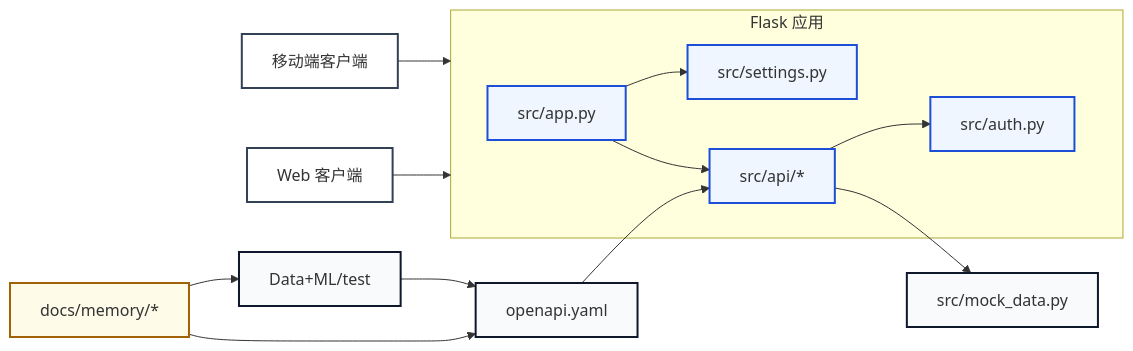
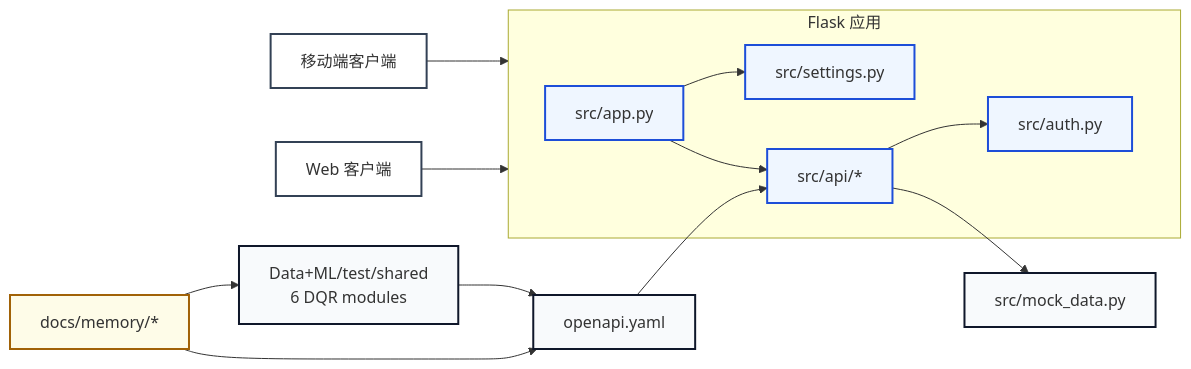
The diagram in docs/memory/project-overview.md (ChingYunHsu/Group6_Summer-Project), drawn with Mermaid before and after one commit. The commit also changed other lines of this file and 77 other files, not shown here.

````diff
--- a/docs/memory/project-overview.md
+++ b/docs/memory/project-overview.md
@@ -25,33 +25,33 @@
 ```mermaid
 graph LR
     classDef client fill:#ffffff,stroke:#334155,stroke-width:2px;
     classDef api fill:#eff6ff,stroke:#1d4ed8,stroke-width:2px;
     classDef data fill:#f8fafc,stroke:#0f172a,stroke-width:2px;
     classDef memory fill:#fefce8,stroke:#a16207,stroke-width:2px;
 
     Mobile[移动端客户端]:::client
     Web[Web 客户端]:::client
 
     subgraph Flask[Flask 应用]
       App[src/app.py]:::api
       Auth[src/auth.py]:::api
       Settings[src/settings.py]:::api
       Blueprints[src/api/*]:::api
     end
 
     Mock[src/mock_data.py]:::data
     OpenAPI[openapi.yaml]:::data
-    Pipeline[Data+ML/test]:::data
+    Pipeline[Data+ML/test/shared<br/>6 DQR modules]:::data
     Memory[docs/memory/*]:::memory
 
     Mobile --> Flask
     Web --> Flask
     App --> Blueprints
     Blueprints --> Mock
     Blueprints --> Auth
     App --> Settings
     OpenAPI --> Blueprints
     Pipeline --> OpenAPI
     Memory --> OpenAPI
     Memory --> Pipeline
 ```
````
